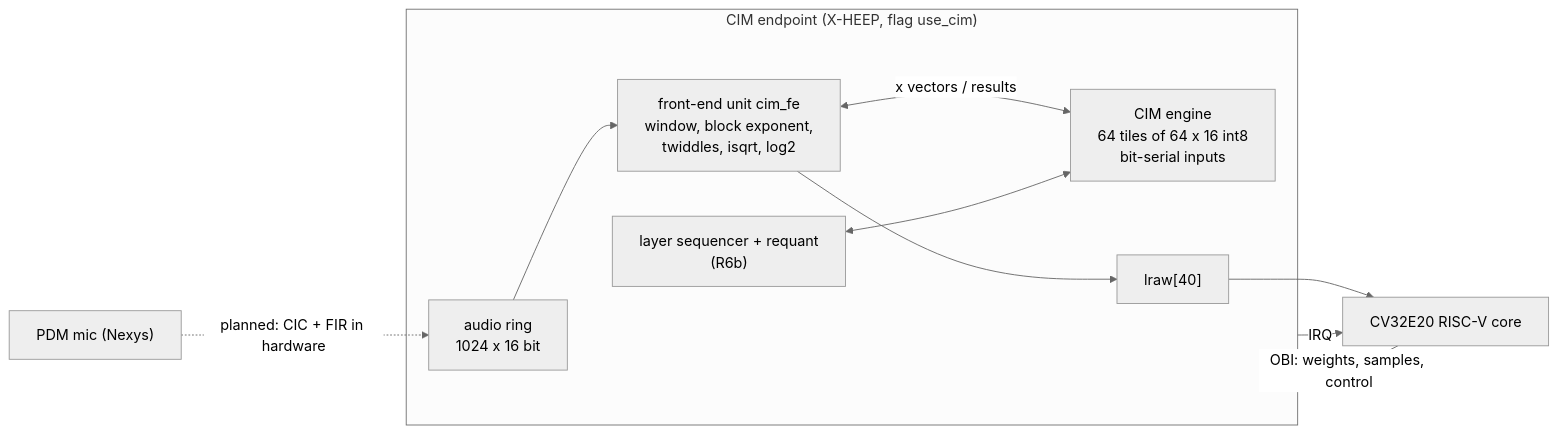
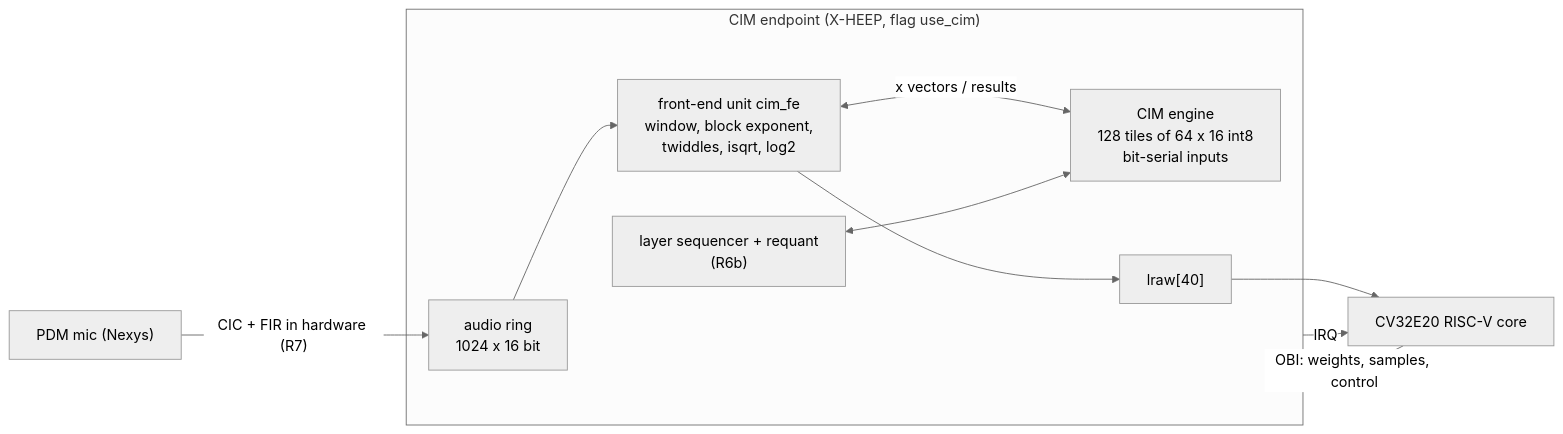
One commit to hansennguyen04/HopCIM changed the diagram in docs/HOPCIM_PROPOSAL.md. Above: the diagram before and after it, drawn with Mermaid (neutral theme). The commit also changed other lines of this file and 3 other files, not shown here.

````diff
--- a/docs/HOPCIM_PROPOSAL.md
+++ b/docs/HOPCIM_PROPOSAL.md
@@ -372,13 +374,13 @@
 ```mermaid
 flowchart LR
-    MIC["PDM mic (Nexys)"] -.->|planned: CIC + FIR in hardware| RING
+    MIC["PDM mic (Nexys)"] -->|"CIC + FIR in hardware (R7)"| RING
     CPU["CV32E20 RISC-V core"] -->|"OBI: weights, samples, control"| EP
     subgraph EP["CIM endpoint (X-HEEP, flag use_cim)"]
         RING["audio ring<br/>1024 x 16 bit"] --> FE["front-end unit cim_fe<br/>window, block exponent,<br/>twiddles, isqrt, log2"]
-        FE <-->|"x vectors / results"| ENG["CIM engine<br/>64 tiles of 64 x 16 int8<br/>bit-serial inputs"]
+        FE <-->|"x vectors / results"| ENG["CIM engine<br/>128 tiles of 64 x 16 int8<br/>bit-serial inputs"]
         SEQ["layer sequencer + requant<br/>(R6b)"] <--> ENG
         FE --> LRAW["lraw[40]"]
     end
     LRAW --> CPU
     EP -->|IRQ| CPU
 ```
````
